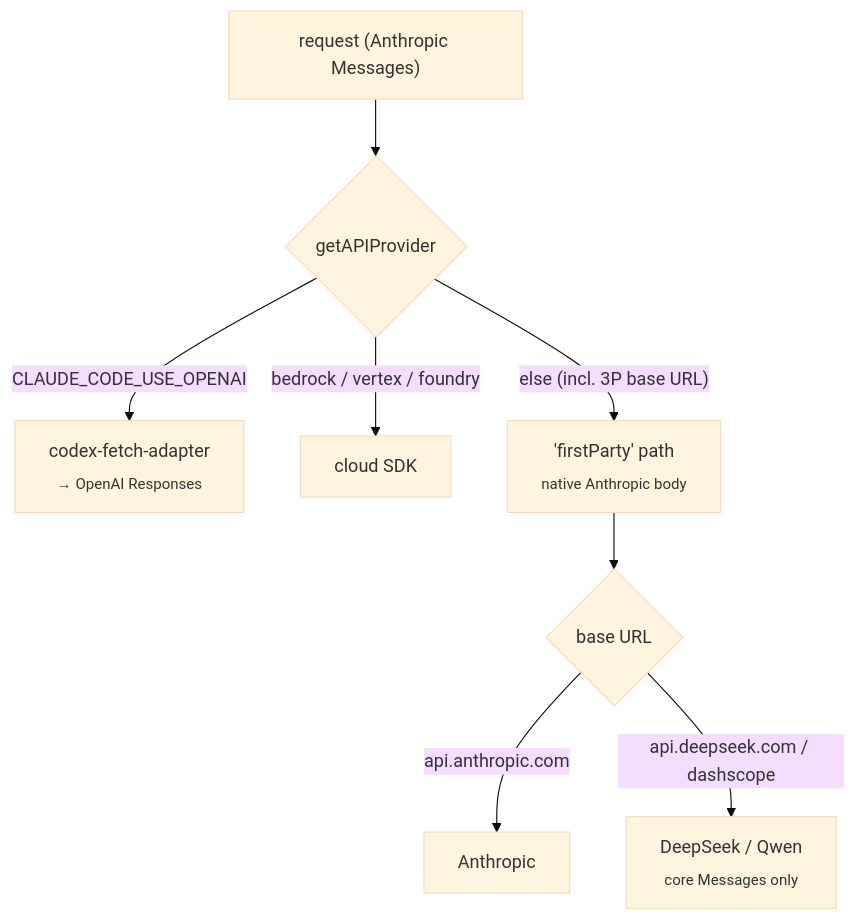
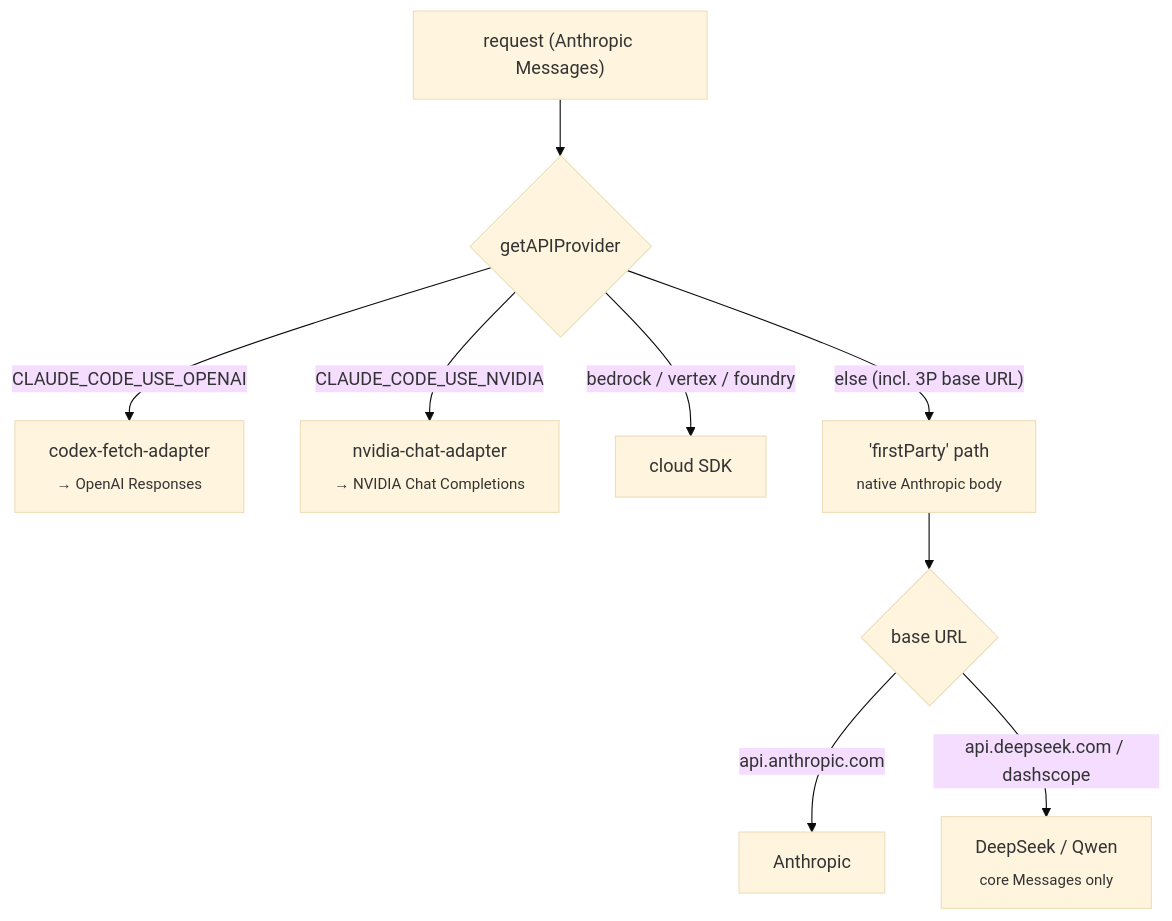
The third of 3 diagrams in docs/ARCHITECTURE.md (jennofrie/fexor-code), drawn with Mermaid (base theme) before and after one commit. The commit also changed other lines of this file and 23 other files, not shown here.

Commit message:
chore: sync pending WIP — GLM-5.3 launcher option, NVIDIA NIM adapter, husky/lint, domain docs

````diff
--- a/docs/ARCHITECTURE.md
+++ b/docs/ARCHITECTURE.md
@@ -69,10 +70,11 @@
 ```mermaid
 flowchart TD
     REQ["request (Anthropic Messages)"] --> P{getAPIProvider}
     P -->|"CLAUDE_CODE_USE_OPENAI"| CODEX["codex-fetch-adapter<br/><sub>→ OpenAI Responses</sub>"]
+    P -->|"CLAUDE_CODE_USE_NVIDIA"| NVIDIA["nvidia-chat-adapter<br/><sub>→ NVIDIA Chat Completions</sub>"]
     P -->|"bedrock / vertex / foundry"| CLOUD["cloud SDK"]
     P -->|"else (incl. 3P base URL)"| FP["'firstParty' path<br/><sub>native Anthropic body</sub>"]
     FP --> EP{base URL}
     EP -->|api.anthropic.com| ANT["Anthropic"]
     EP -->|api.deepseek.com / dashscope| THREEP["DeepSeek / Qwen<br/><sub>core Messages only</sub>"]
 ```
````
